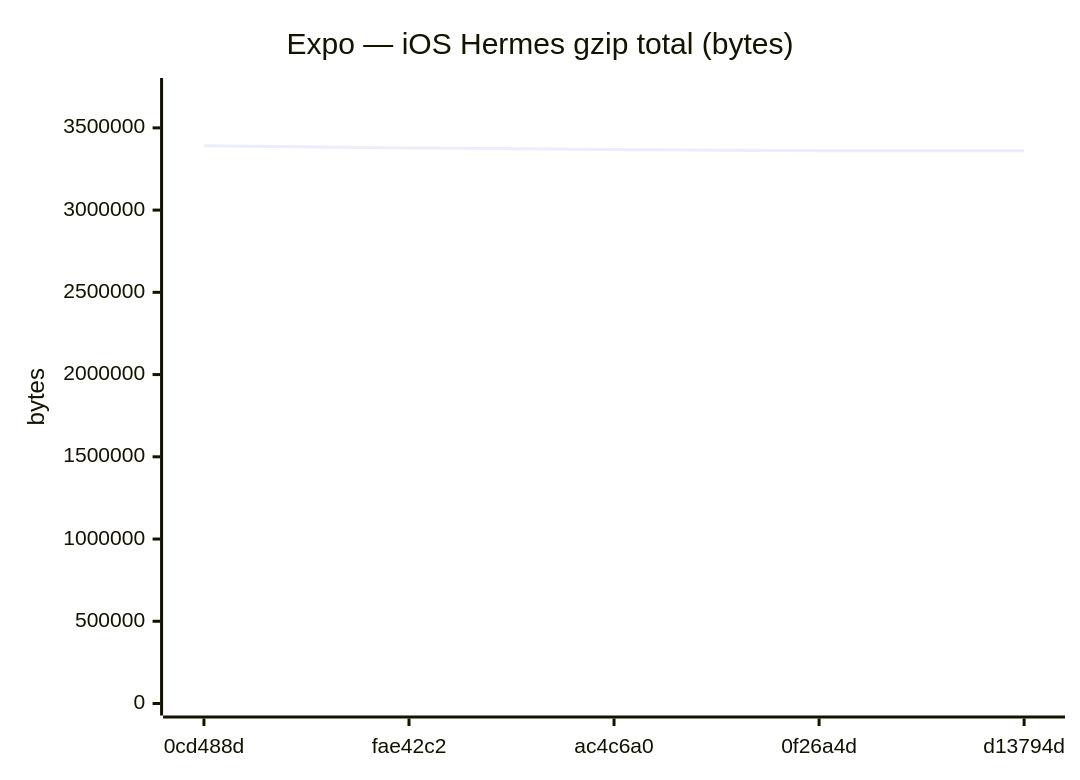
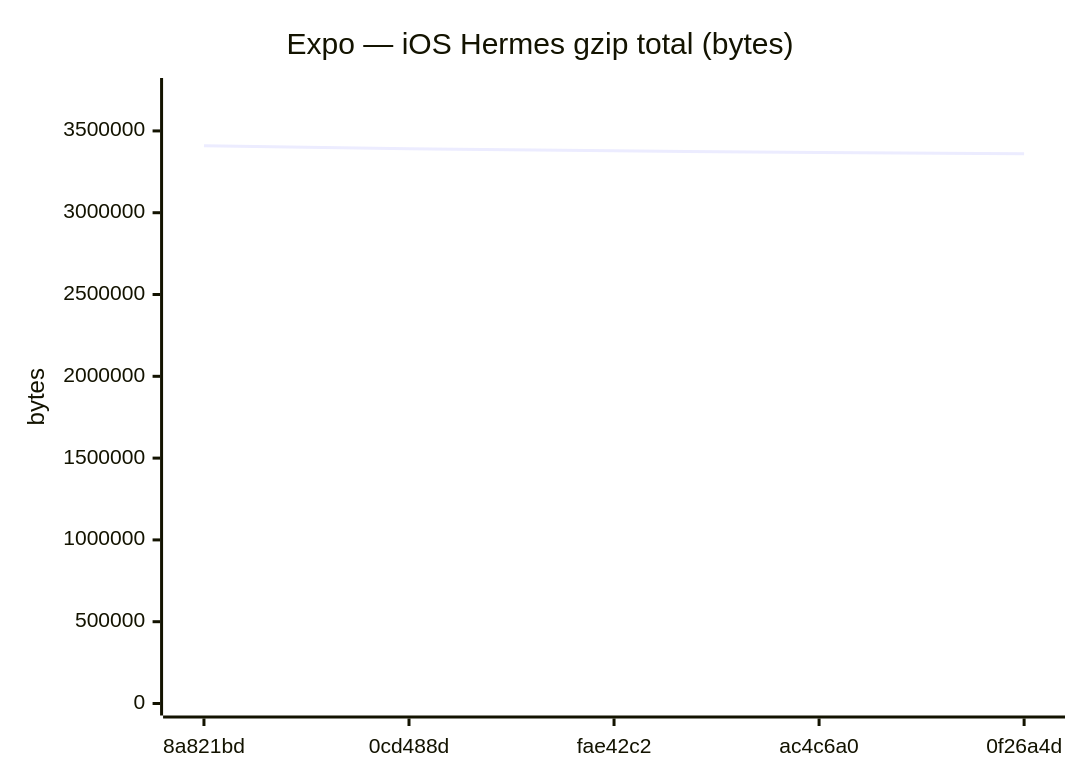
One commit to Metaheurist/Rianell changed diagram 12 of 18 in benchmarks/compare.md. Above: the diagram before and after it, drawn with Mermaid. The commit also changed other lines of this file and 11 other files, not shown here.

````diff
--- a/benchmarks/compare.md
+++ b/benchmarks/compare.md
@@ -179,7 +179,7 @@
 ```mermaid
 xychart-beta
     title "Expo — iOS Hermes gzip total (bytes)"
-    x-axis ["0cd488d", "fae42c2", "ac4c6a0", "0f26a4d", "d13794d"]
-    y-axis "bytes" 0 --> 3730236
-    line [3391123, 3378280, 3368083, 3360774, 3360776]
+    x-axis ["8a821bd", "0cd488d", "fae42c2", "ac4c6a0", "0f26a4d"]
+    y-axis "bytes" 0 --> 3750144
+    line [3409221, 3391123, 3378280, 3368083, 3360774]
 ```
````
